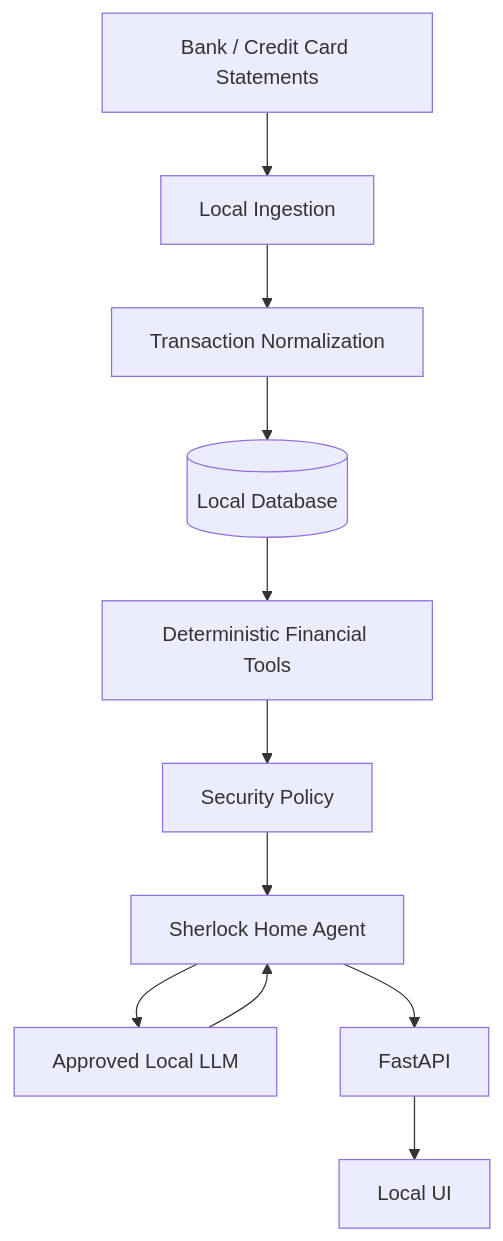
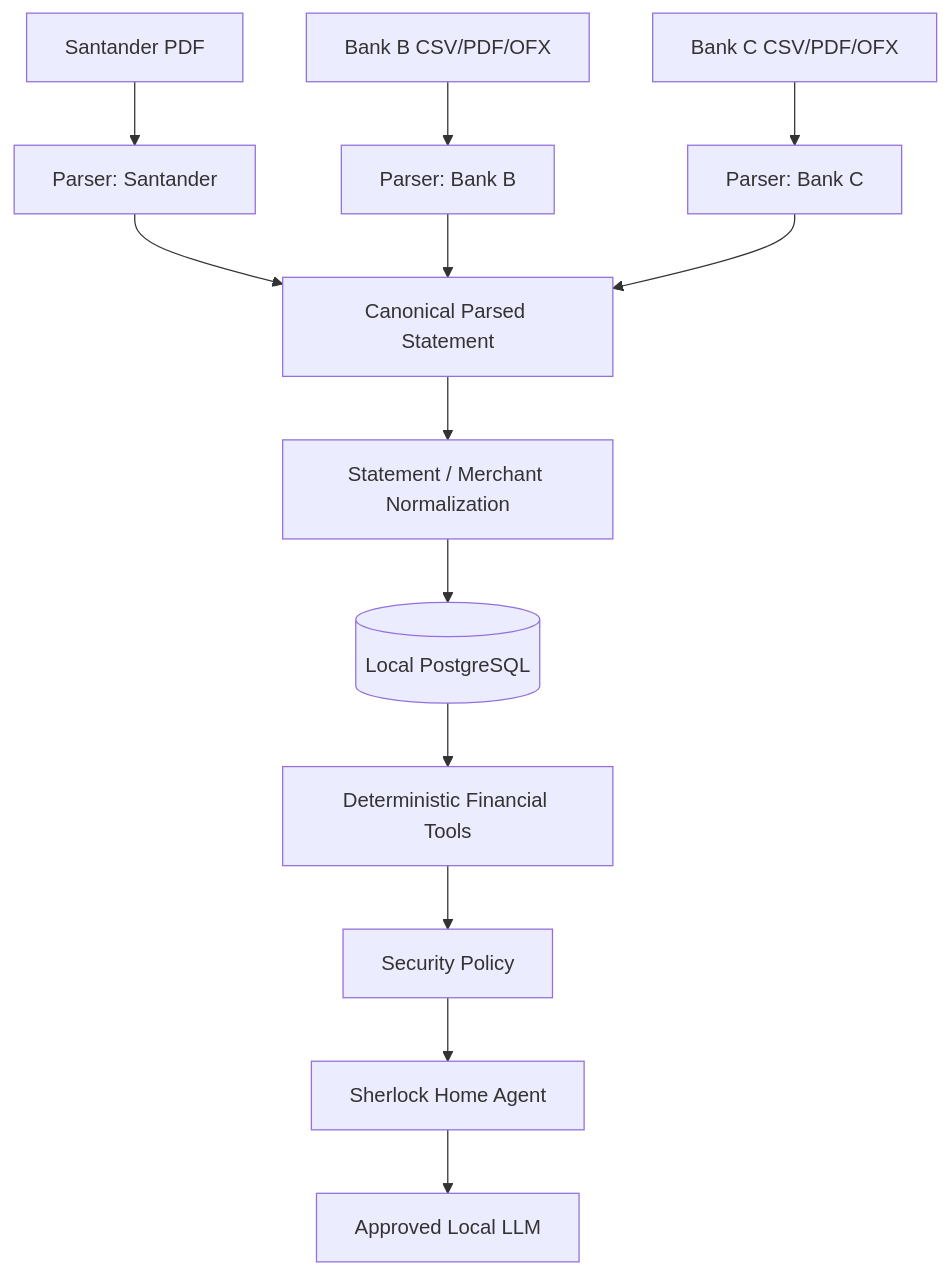
Before and after one commit to daniel-carneiro-nascimento/sherlock-home: the eighth of 9 diagrams in README.md, drawn with Mermaid. The commit also changed other lines of this file and 7 other files, not shown here.

Commit message:
Document financial ingestion architecture

````diff
--- a/README.md
+++ b/README.md
@@ -810,25 +886,17 @@
 ```mermaid
 flowchart TD
+    SANTANDER[Santander PDF] --> SP[Parser: Santander]
+    BANKB[Bank B CSV/PDF/OFX] --> BP[Parser: Bank B]
+    BANKC[Bank C CSV/PDF/OFX] --> CP[Parser: Bank C]
 
-    FILES[Bank / Credit Card Statements]
+    SP --> CANON[Canonical Parsed Statement]
+    BP --> CANON
+    CP --> CANON
 
-    FILES --> INGEST[Local Ingestion]
-
-    INGEST --> NORMALIZE[Transaction Normalization]
-
-    NORMALIZE --> DB[(Local Database)]
-
+    CANON --> NORMALIZE[Statement / Merchant Normalization]
+    NORMALIZE --> DB[(Local PostgreSQL)]
     DB --> TOOLS[Deterministic Financial Tools]
-
     TOOLS --> POLICY[Security Policy]
-
     POLICY --> AGENT[Sherlock Home Agent]
-
     AGENT --> LLM[Approved Local LLM]
-
-    LLM --> AGENT
-
-    AGENT --> API[FastAPI]
-
-    API --> UI[Local UI]
 ```
````
